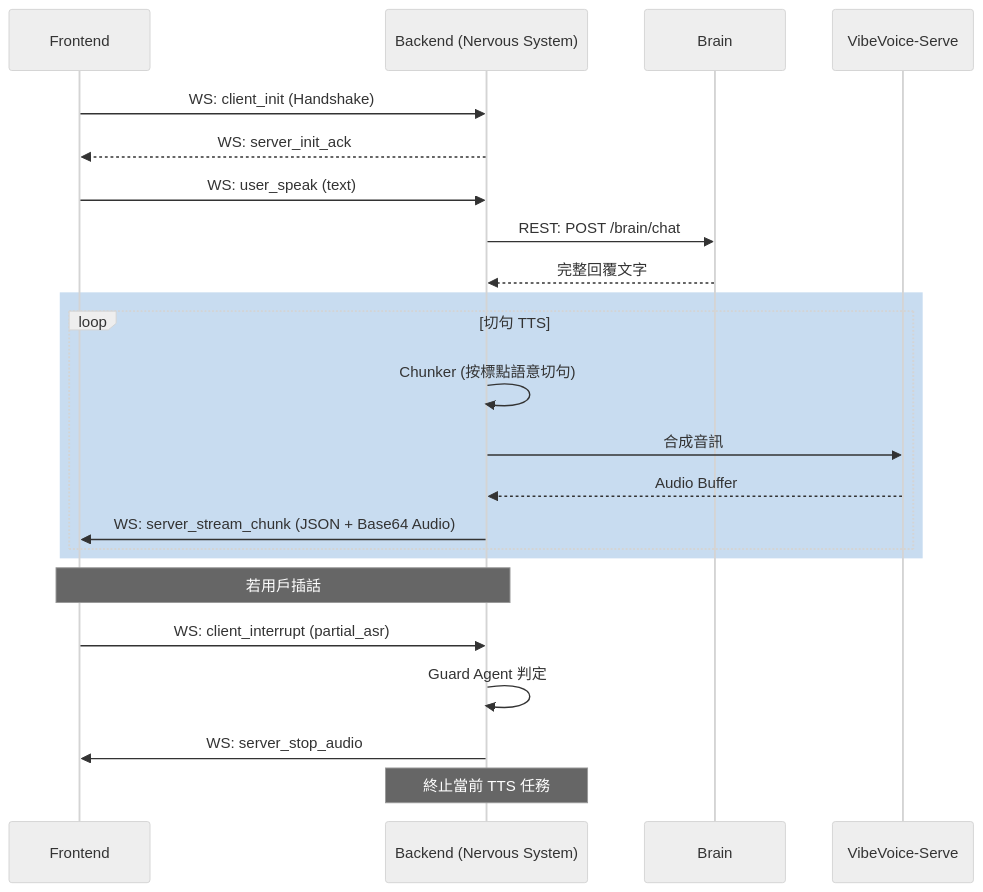
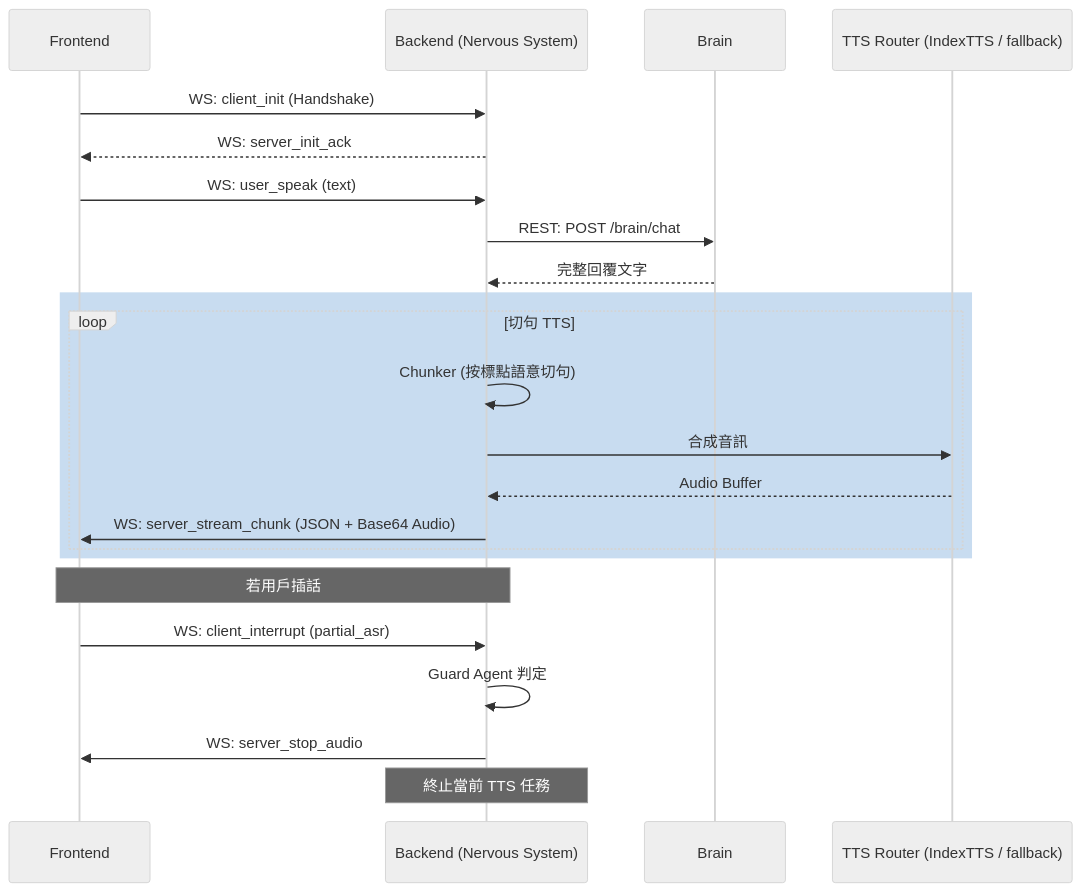
Before and after one commit to CreateIntelligens/openVman: the first of 2 diagrams in docs/09_API_WS_LINKAGE.md, drawn with Mermaid (neutral theme). The commit also changed other lines of this file and 18 other files, not shown here.

Commit message:
refactor: remove VibeVoice tts provider

````diff
--- a/docs/09_API_WS_LINKAGE.md
+++ b/docs/09_API_WS_LINKAGE.md
@@ -24,27 +24,27 @@
 ```mermaid
 sequenceDiagram
     participant F as Frontend
     participant B as Backend (Nervous System)
     participant BR as Brain
-    participant T as VibeVoice-Serve
+    participant T as TTS Router (IndexTTS / fallback)
 
     F->>B: WS: client_init (Handshake)
     B-->>F: WS: server_init_ack
     F->>B: WS: user_speak (text)
     B->>BR: REST: POST /brain/chat
     BR-->>B: 完整回覆文字
     rect rgb(200, 220, 240)
         loop 切句 TTS
             B->>B: Chunker (按標點語意切句)
             B->>T: 合成音訊
             T-->>B: Audio Buffer
             B->>F: WS: server_stream_chunk (JSON + Base64 Audio)
         end
     end
 
     Note over F,B: 若用戶插話
     F->>B: WS: client_interrupt (partial_asr)
     B->>B: Guard Agent 判定
     B->>F: WS: server_stop_audio
     Note over B: 終止當前 TTS 任務
 ```
````
